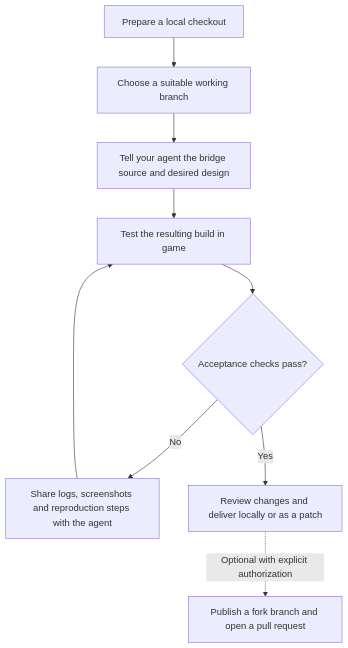
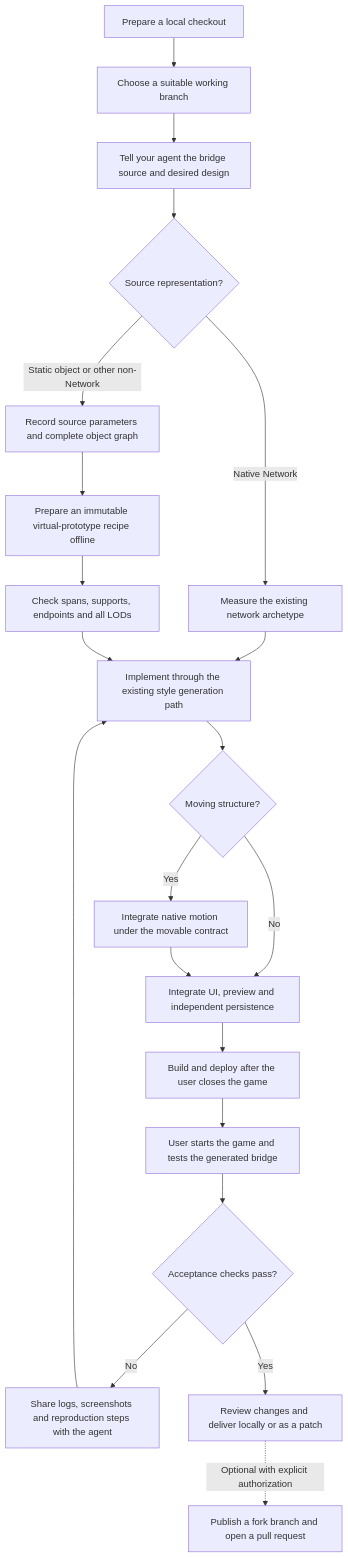
The third of 3 diagrams in README.md (Chengxuan-He/CS2BridgeBuilder), drawn with Mermaid before and after one commit. The commit also changed other lines of this file and 1602 other files, not shown here.

````diff
--- a/README.md
+++ b/README.md
@@ -451,11 +451,23 @@
 ```mermaid
 flowchart TD
     A[Prepare a local checkout] --> B[Choose a suitable working branch]
     B --> C[Tell your agent the bridge source and desired design]
-    C --> F[Test the resulting build in game]
+    C --> D{Source representation?}
+    D -- Native Network --> N[Measure the existing network archetype]
+    D -- Static object or other non-Network --> V[Record source parameters and complete object graph]
+    V --> W[Prepare an immutable virtual-prototype recipe offline]
+    W --> X[Check spans, supports, endpoints and all LODs]
+    N --> E[Implement through the existing style generation path]
+    X --> E
+    E --> M{Moving structure?}
+    M -- Yes --> O[Integrate native motion under the movable contract]
+    M -- No --> P[Integrate UI, preview and independent persistence]
+    O --> P
+    P --> Q[Build and deploy after the user closes the game]
+    Q --> F[User starts the game and tests the generated bridge]
     F --> G{Acceptance checks pass?}
     G -- No --> H[Share logs, screenshots and reproduction steps with the agent]
-    H --> F
+    H --> E
     G -- Yes --> I[Review changes and deliver locally or as a patch]
     I -. Optional with explicit authorization .-> J[Publish a fork branch and open a pull request]
 ```
````
